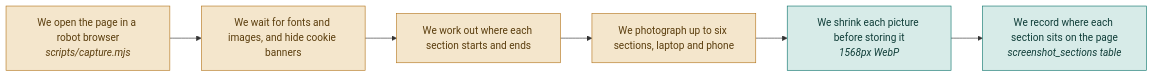
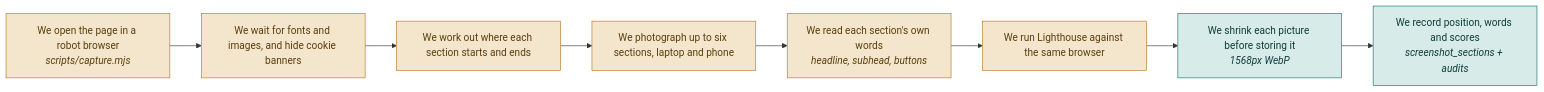
Before and after one commit to emaratHossain/auditor: the diagram in docs/features/f04-screenshot-capture.md, drawn with Mermaid. The commit also changed other lines of this file and 10 other files, not shown here.

````diff
--- a/docs/features/f04-screenshot-capture.md
+++ b/docs/features/f04-screenshot-capture.md
@@ -11,12 +16,14 @@
 ```mermaid
 flowchart LR
     A["We open the page in a robot browser<br/><i>scripts/capture.mjs</i>"] --> B["We wait for fonts and images, and hide cookie banners"]
     B --> C["We work out where each section starts and ends"]
     C --> D["We photograph up to six sections, laptop and phone"]
-    D --> E["We shrink each picture before storing it<br/><i>1568px WebP</i>"]
-    E --> F["We record where each section sits on the page<br/><i>screenshot_sections table</i>"]
+    D --> E["We read each section's own words<br/><i>headline, subhead, buttons</i>"]
+    E --> F["We run Lighthouse against the same browser"]
+    F --> G["We shrink each picture before storing it<br/><i>1568px WebP</i>"]
+    G --> H["We record position, words and scores<br/><i>screenshot_sections + audits</i>"]
     classDef browser fill:#f4e6cc,stroke:#b5771f,color:#5a3d0d;
     classDef store fill:#d7ebe8,stroke:#0f766e,color:#0f3d38;
-    class A,B,C,D browser;
-    class E,F store;
+    class A,B,C,D,E,F browser;
+    class G,H store;
 ```
````
